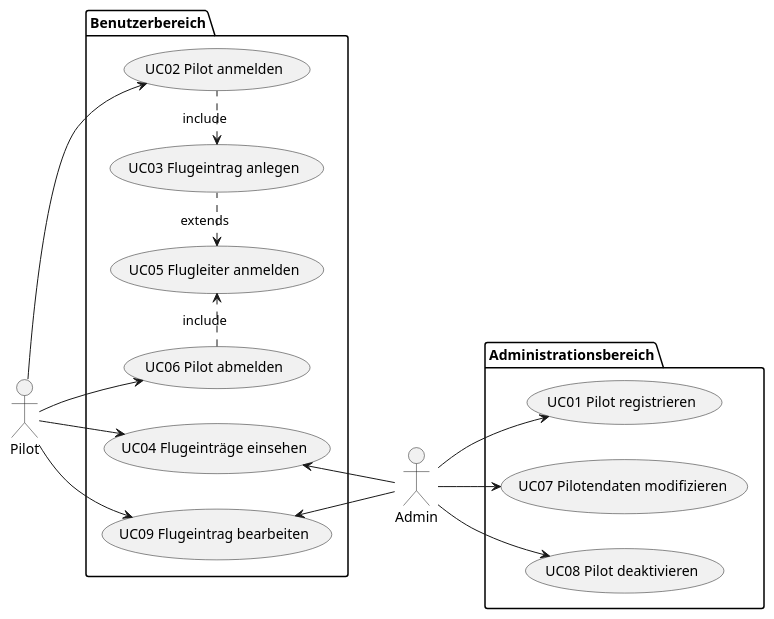
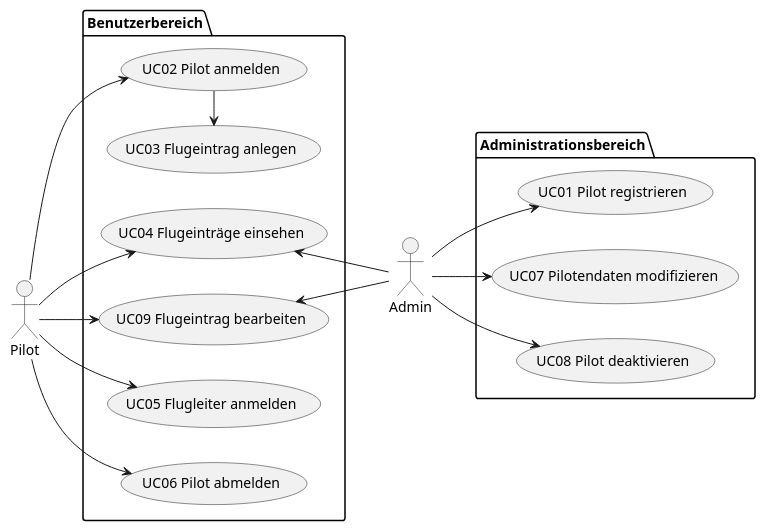
The diagram in !presentation/resources/presentation-UC-diagram.puml (jakobkmar/E09-modellflug-logbuch), drawn with PlantUML before and after one commit. The commit also changed 1 other file, not shown here.

```diff
--- a/!presentation/resources/presentation-UC-diagram.puml
+++ b/!presentation/resources/presentation-UC-diagram.puml
@@ -2,32 +2,31 @@
 @startuml UC-model
 left to right direction
 "Admin" as ac01
 "Pilot" as ac02
 package Benutzerbereich {
     "UC02 Pilot anmelden" as (uc02) 
     "UC03 Flugeintrag anlegen" as (uc03)
     "UC04 Flugeinträge einsehen" as (uc04)
     "UC05 Flugleiter anmelden" as (uc05)
     "UC06 Pilot abmelden" as (uc06)
     "UC09 Flugeintrag bearbeiten" as (uc09)
 }
 
 package Administrationsbereich {
     "UC01 Pilot registrieren" as (uc01)
     "UC07 Pilotendaten modifizieren" as (uc07)
     "UC08 Pilot deaktivieren" as (uc08)
 
 }
 ac01 -d-> uc01
 ac01 -u-> uc04
 ac01 -d-> uc07
 ac01 -d-> uc08
 ac01 -u-> uc09
 ac02 -d-> uc02
 ac02 -d-> uc06
 ac02 -u-> uc09
 ac02 -u-> uc04
-uc02 .l.> uc03 :include
-uc03 .l.> uc05 :extends
-uc06 .r.> uc05 :include
+uc02 -l-> uc03
+ac02 -d-> uc05
 @enduml
```
